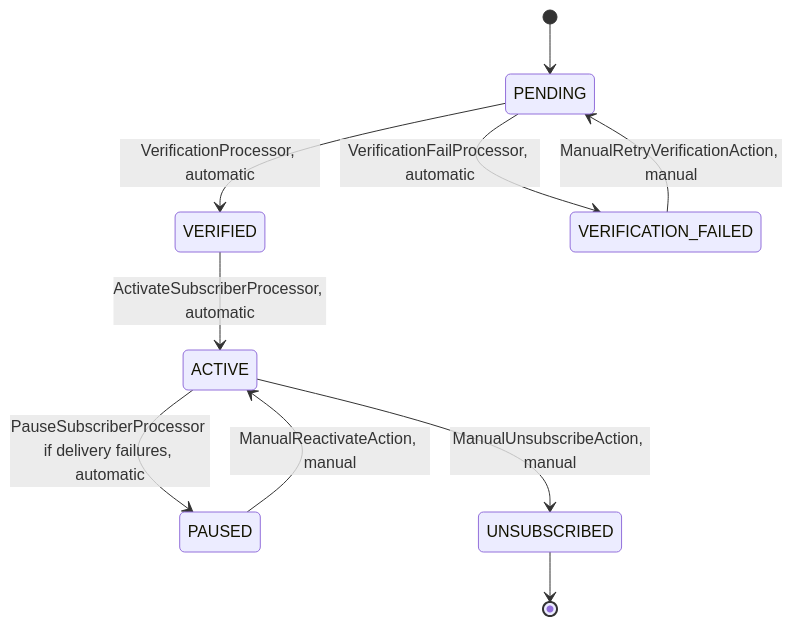
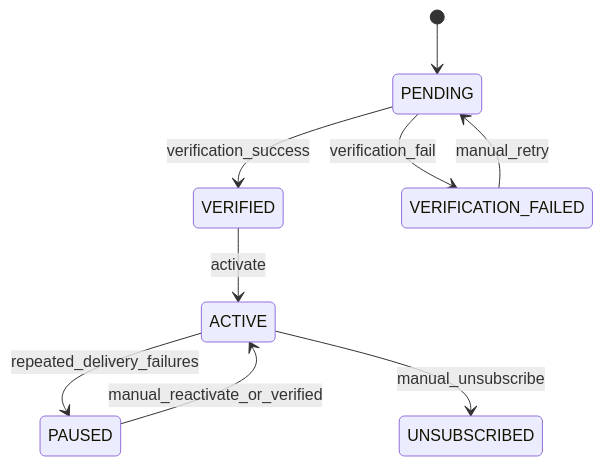
The third of 3 diagrams in src/main/java/com/java_template/prototype/functional_requirement.md (Cyoda-platform/java-client-template), drawn with Mermaid before and after one commit. The commit also changed other lines of this file, not shown here.

````diff
--- a/src/main/java/com/java_template/prototype/functional_requirement.md
+++ b/src/main/java/com/java_template/prototype/functional_requirement.md
@@ -116,12 +211,11 @@
 ```mermaid
 stateDiagram-v2
     [*] --> PENDING
-    PENDING --> VERIFIED : VerificationProcessor, automatic
-    PENDING --> VERIFICATION_FAILED : VerificationFailProcessor, automatic
-    VERIFIED --> ACTIVE : ActivateSubscriberProcessor, automatic
-    ACTIVE --> PAUSED : PauseSubscriberProcessor if delivery failures, automatic
-    ACTIVE --> UNSUBSCRIBED : ManualUnsubscribeAction, manual
-    PAUSED --> ACTIVE : ManualReactivateAction, manual
-    UNSUBSCRIBED --> [*]
-    VERIFICATION_FAILED --> PENDING : ManualRetryVerificationAction, manual
+    PENDING --> VERIFIED : verification_success
+    PENDING --> VERIFICATION_FAILED : verification_fail
+    VERIFIED --> ACTIVE : activate
+    ACTIVE --> PAUSED : repeated_delivery_failures
+    ACTIVE --> UNSUBSCRIBED : manual_unsubscribe
+    PAUSED --> ACTIVE : manual_reactivate_or_verified
+    VERIFICATION_FAILED --> PENDING : manual_retry
 ```
````
